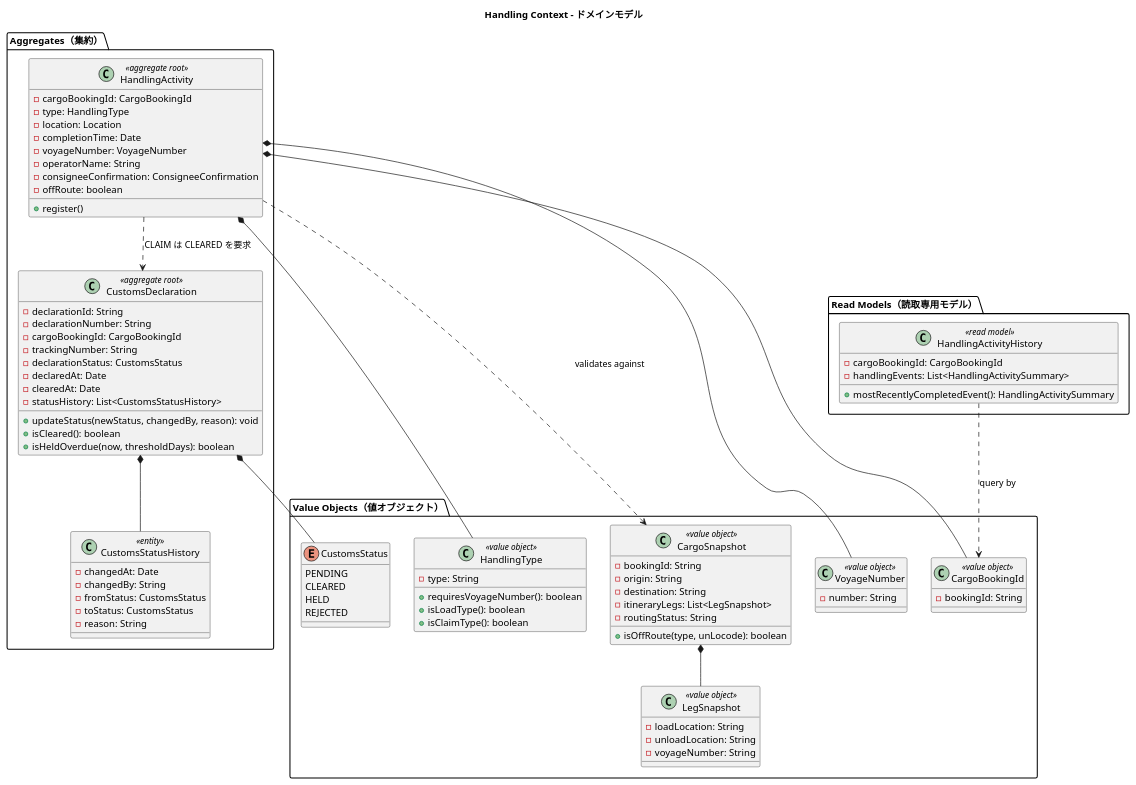
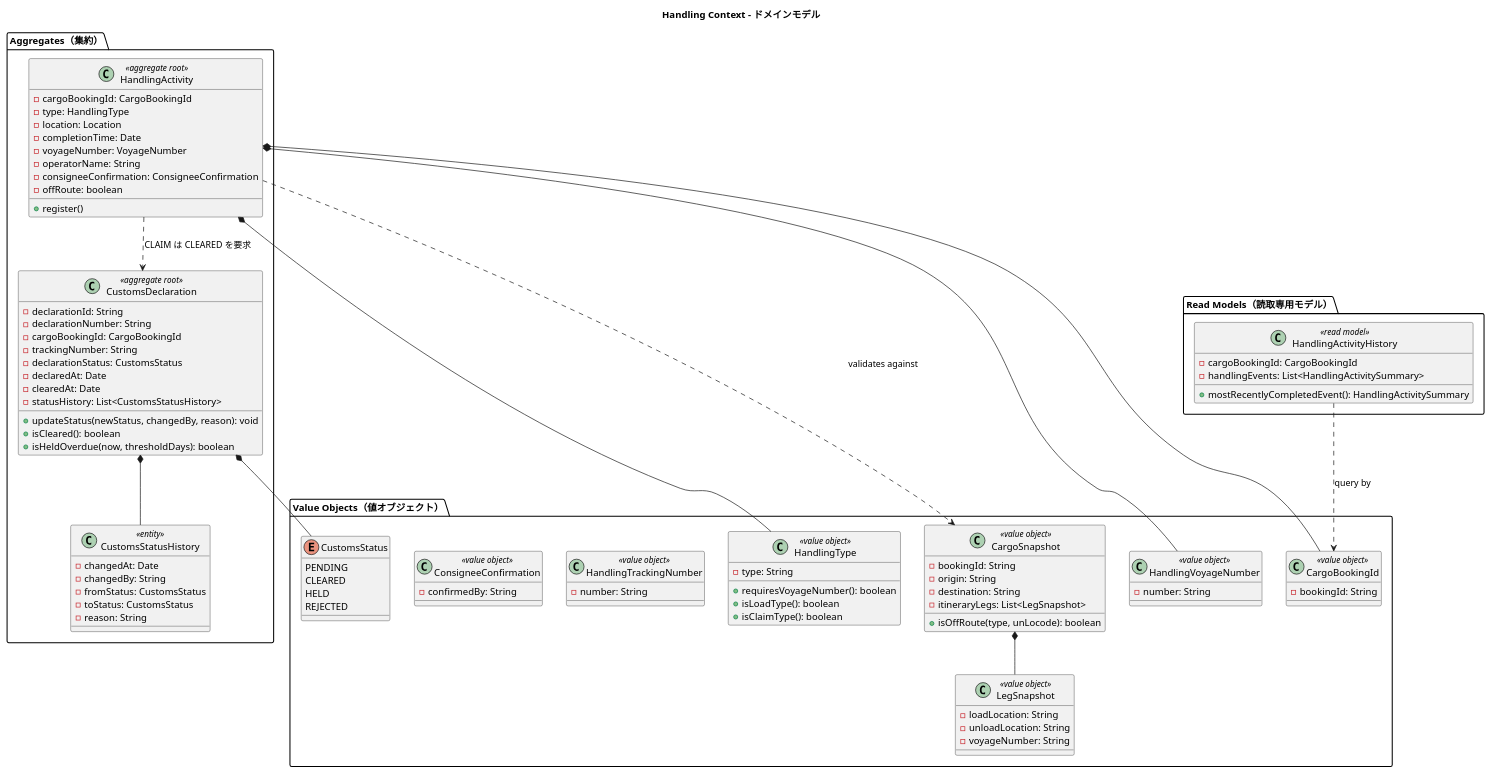
The seventh of 10 diagrams in docs/design/domain-model.md (k2works/case-study-cargo-tracker), drawn with PlantUML before and after one commit. The commit also changed other lines of this file and 22 other files, not shown here.

```diff
--- a/docs/design/domain-model.md
+++ b/docs/design/domain-model.md
@@ -1072,7 +1072,6 @@
     -origin: String
     -destination: String
     -itineraryLegs: List<LegSnapshot>
-    -routingStatus: String
     +isOffRoute(type, unLocode): boolean
   }
   class LegSnapshot <<value object>> {
@@ -1080,8 +1079,14 @@
     -unloadLocation: String
     -voyageNumber: String
   }
-  class VoyageNumber <<value object>> {
+  class HandlingVoyageNumber <<value object>> {
     -number: String
+  }
+  class HandlingTrackingNumber <<value object>> {
+    -number: String
+  }
+  class ConsigneeConfirmation <<value object>> {
+    -confirmedBy: String
   }
   enum CustomsStatus {
     PENDING
@@ -1101,7 +1106,7 @@
 
 HandlingActivity *-- CargoBookingId
 HandlingActivity *-- HandlingType
-HandlingActivity *-- VoyageNumber
+HandlingActivity *-- HandlingVoyageNumber
 HandlingActivity ..> CargoSnapshot : validates against
 HandlingActivity ..> CustomsDeclaration : CLAIM は CLEARED を要求
 CargoSnapshot *-- LegSnapshot
```
